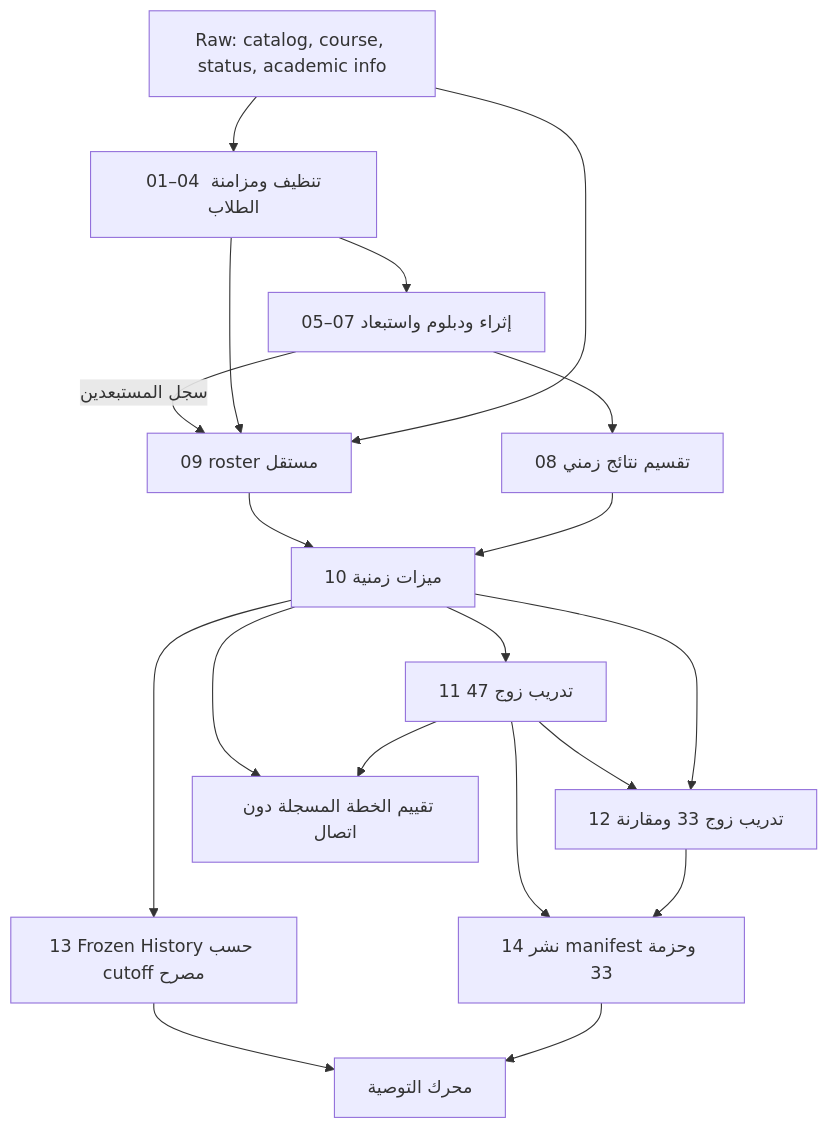
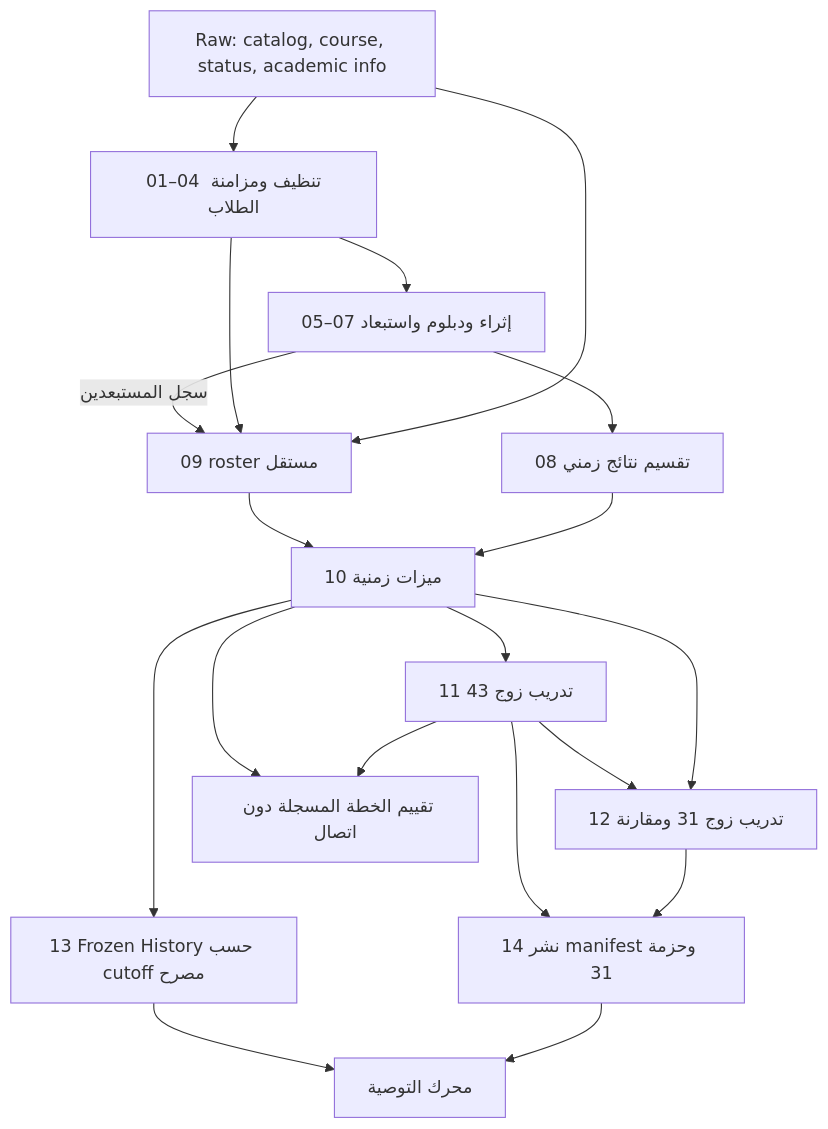
One commit to ShrkoXIII/Academic_Advisor_Stable changed the first of 2 diagrams in docs/PIPELINE_AND_LOGIC_MAP.md. Above: the diagram before and after it, drawn with Mermaid. The commit also changed other lines of this file and 8 other files, not shown here.

````diff
--- a/docs/PIPELINE_AND_LOGIC_MAP.md
+++ b/docs/PIPELINE_AND_LOGIC_MAP.md
@@ -33,21 +33,21 @@
 ```mermaid
 flowchart TD
   A[Raw: catalog, course, status, academic info] --> B[01–04 تنظيف ومزامنة الطلاب]
   B --> C[05–07 إثراء ودبلوم واستبعاد]
   C --> D[08 تقسيم نتائج زمني]
   A --> R[09 roster مستقل]
   B --> R
   C -->|سجل المستبعدين| R
   D --> F[10 ميزات زمنية]
   R --> F
-  F --> M47[11 تدريب زوج 47]
-  F --> M33[12 تدريب زوج 33 ومقارنة]
-  M47 --> M33
+  F --> M43[11 تدريب زوج 43]
+  F --> M31[12 تدريب زوج 31 ومقارنة]
+  M43 --> M31
   F --> H[13 Frozen History حسب cutoff مصرح]
-  M33 --> P[14 نشر manifest وحزمة 33]
-  M47 --> P
+  M31 --> P[14 نشر manifest وحزمة 31]
+  M43 --> P
   P --> S[محرك التوصية]
   H --> S
-  M47 --> E[تقييم الخطة المسجلة دون اتصال]
+  M43 --> E[تقييم الخطة المسجلة دون اتصال]
   F --> E
 ```
````
